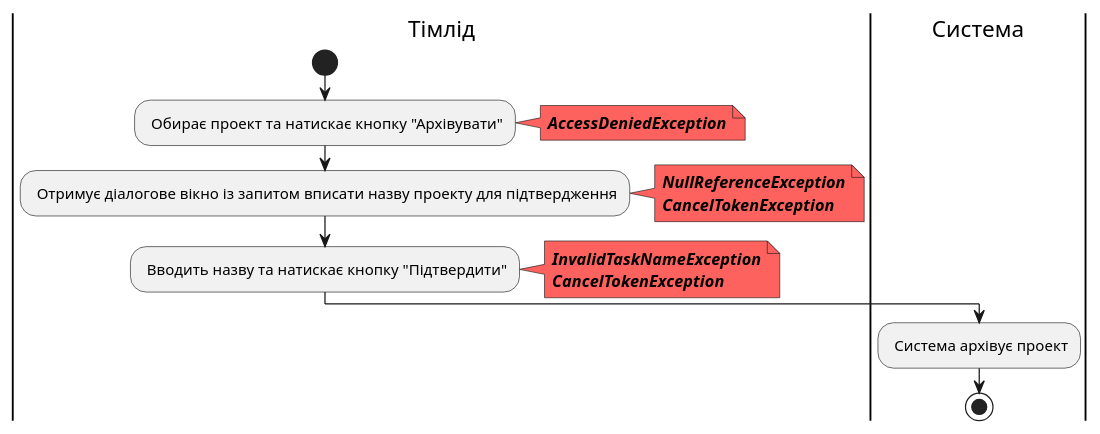
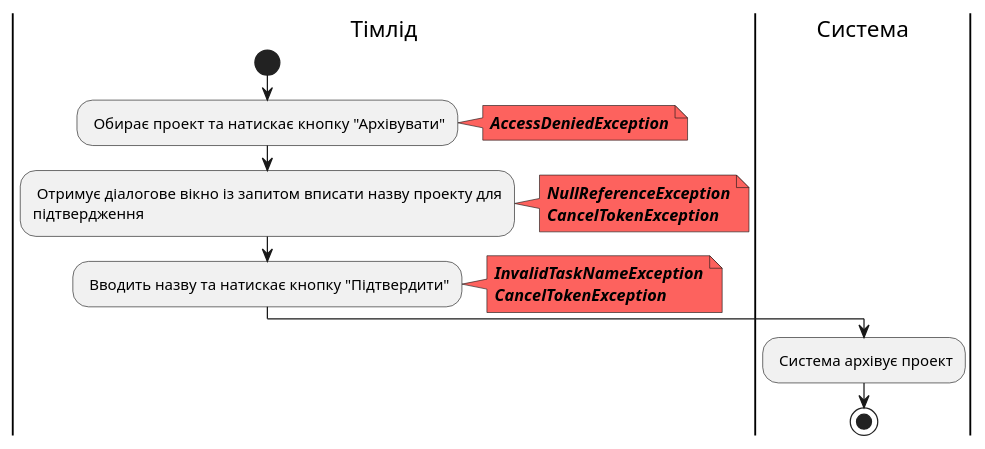
Before and after one commit to stbestichhh/db_project-manager: diagram 14 of 19 in docs/use cases/README.md, drawn with PlantUML. The commit also changed other lines of this file, not shown here.

Commit message:
Fixed diagrams

```diff
--- a/docs/use cases/README.md
+++ b/docs/use cases/README.md
@@ -507,24 +508,25 @@
 @startuml
 |Тімлід|
 start;
 : Обирає проект та натискає кнопку "Архівувати";
 note right #fd625e
 <b><i>AccessDeniedException
 end note 
-: Отримує діалогове вікно із запитом вписати назву проекту для підтвердження;
+: Отримує діалогове вікно із запитом вписати назву проекту для 
+підтвердження;
 note right #fd625e
 <b><i>NullReferenceException
 <b><i>CancelTokenException
 end note
 : Вводить назву та натискає кнопку "Підтвердити";
 note right #fd625e
 <b><i>InvalidTaskNameException
 <b><i>CancelTokenException
 end note
 
 |Система|
  : Система архівує проект;
 
  stop;
 
 @enduml
```
